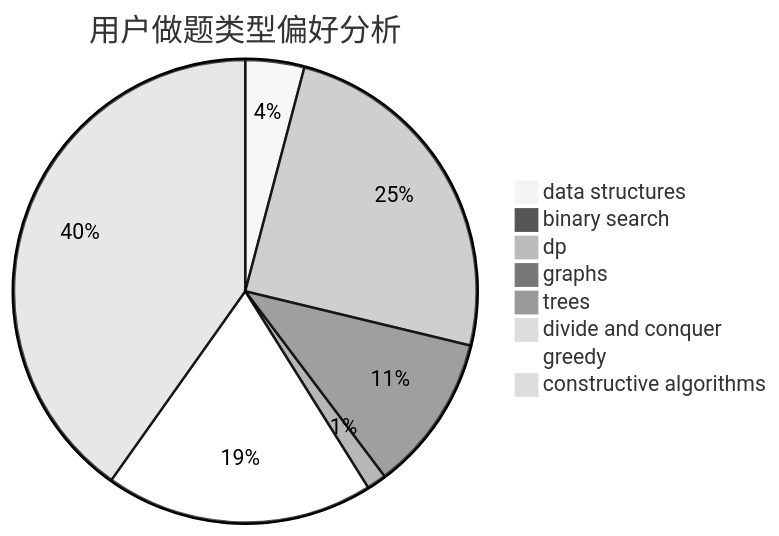
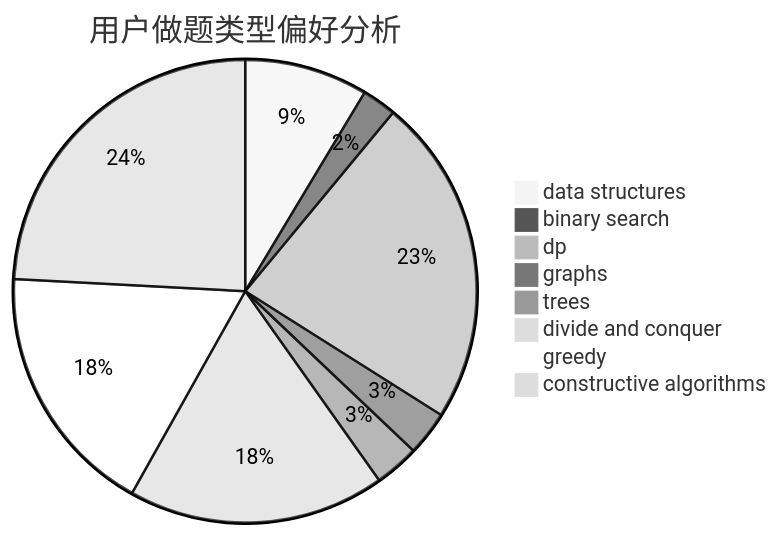
The second of 3 diagrams in docs/user/u771.md (sherpahu/cfrs.github.io), drawn with Mermaid (neutral theme) before and after one commit. The commit also changed other lines of this file and 2770 other files, not shown here.

````diff
--- a/docs/user/u771.md
+++ b/docs/user/u771.md
@@ -23,11 +23,11 @@
 ```mermaid
 pie title 用户做题类型偏好分析
-    "data structures" :  9
-    "binary search" :  1
-    "dp" :  54
-    "graphs" :  24
-    "trees" :  3
-    "divide and conquer" :  0
-    "greedy" :  41
-    "constructive algorithms" :  88
+    "data structures" :  36
+    "binary search" :  10
+    "dp" :  96
+    "graphs" :  13
+    "trees" :  13
+    "divide and conquer" :  75
+    "greedy" :  74
+    "constructive algorithms" :  101
 ```
````
